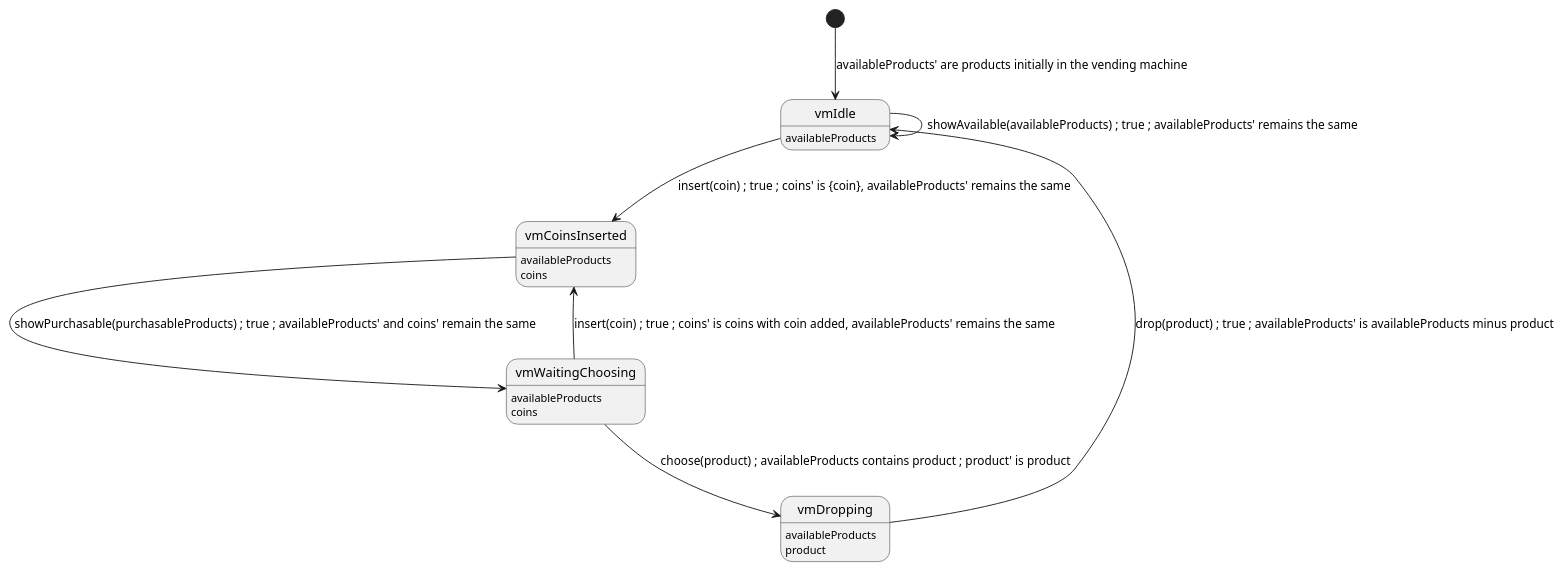
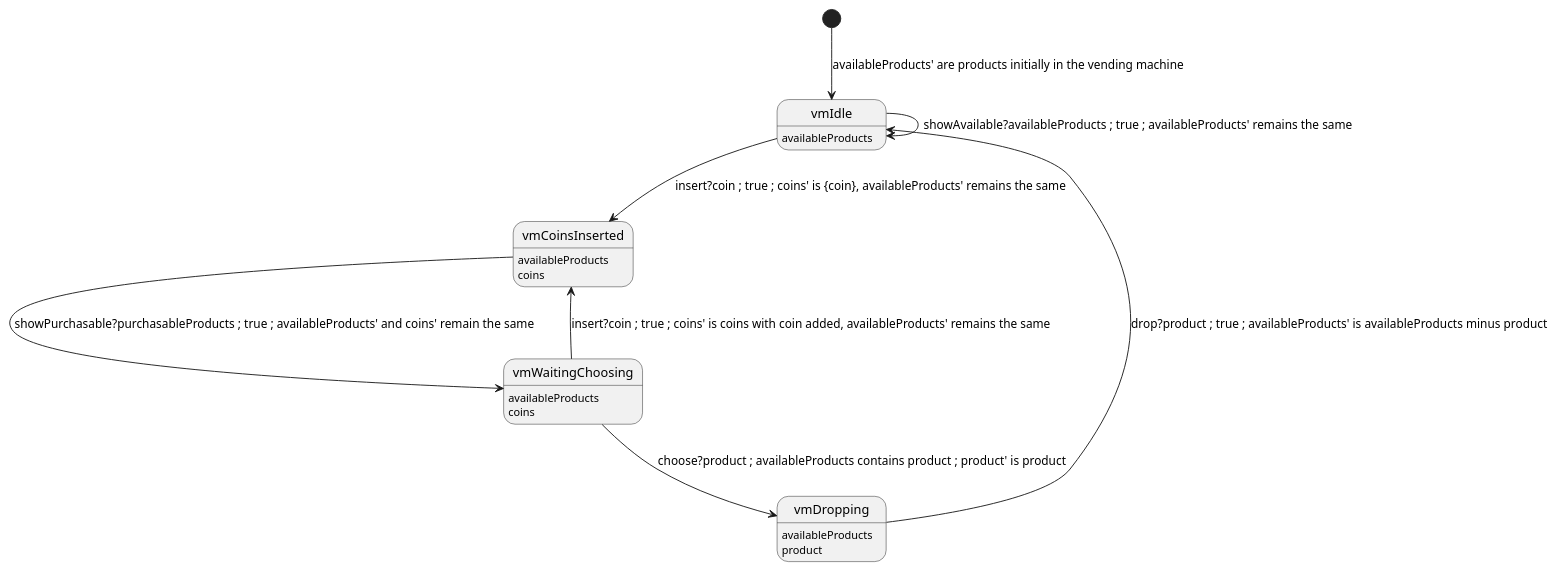
Before and after one commit to Kuniwak/puml-parallel: the diagram in examples/valid/vending_machine.puml, drawn with PlantUML. The commit also changed 86 other files, not shown here.

```diff
--- a/examples/valid/vending_machine.puml
+++ b/examples/valid/vending_machine.puml
@@ -1,23 +1,23 @@
 @startuml
 
 state "vmIdle" as vmIdle
 vmIdle: availableProducts
 state "vmCoinsInserted" as vmCoinsInserted
 vmCoinsInserted: availableProducts
 vmCoinsInserted: coins
 state "vmWaitingChoosing" as vmWaitingChoosing
 vmWaitingChoosing: availableProducts
 vmWaitingChoosing: coins
 state "vmDropping" as vmDropping
 vmDropping: availableProducts
 vmDropping: product
 
 [*] --> vmIdle : availableProducts' are products initially in the vending machine
-vmIdle --> vmIdle : showAvailable(availableProducts) ; true ; availableProducts' remains the same
-vmIdle --> vmCoinsInserted : insert(coin) ; true ; coins' is {coin}, availableProducts' remains the same
-vmCoinsInserted --> vmWaitingChoosing : showPurchasable(purchasableProducts) ; true ; availableProducts' and coins' remain the same
-vmWaitingChoosing --> vmCoinsInserted : insert(coin) ; true ; coins' is coins with coin added, availableProducts' remains the same
-vmWaitingChoosing --> vmDropping : choose(product) ; availableProducts contains product ; product' is product
-vmDropping --> vmIdle : drop(product) ; true ; availableProducts' is availableProducts minus product
+vmIdle --> vmIdle : showAvailable?availableProducts ; true ; availableProducts' remains the same
+vmIdle --> vmCoinsInserted : insert?coin ; true ; coins' is {coin}, availableProducts' remains the same
+vmCoinsInserted --> vmWaitingChoosing : showPurchasable?purchasableProducts ; true ; availableProducts' and coins' remain the same
+vmWaitingChoosing --> vmCoinsInserted : insert?coin ; true ; coins' is coins with coin added, availableProducts' remains the same
+vmWaitingChoosing --> vmDropping : choose?product ; availableProducts contains product ; product' is product
+vmDropping --> vmIdle : drop?product ; true ; availableProducts' is availableProducts minus product
 
 @enduml
```
